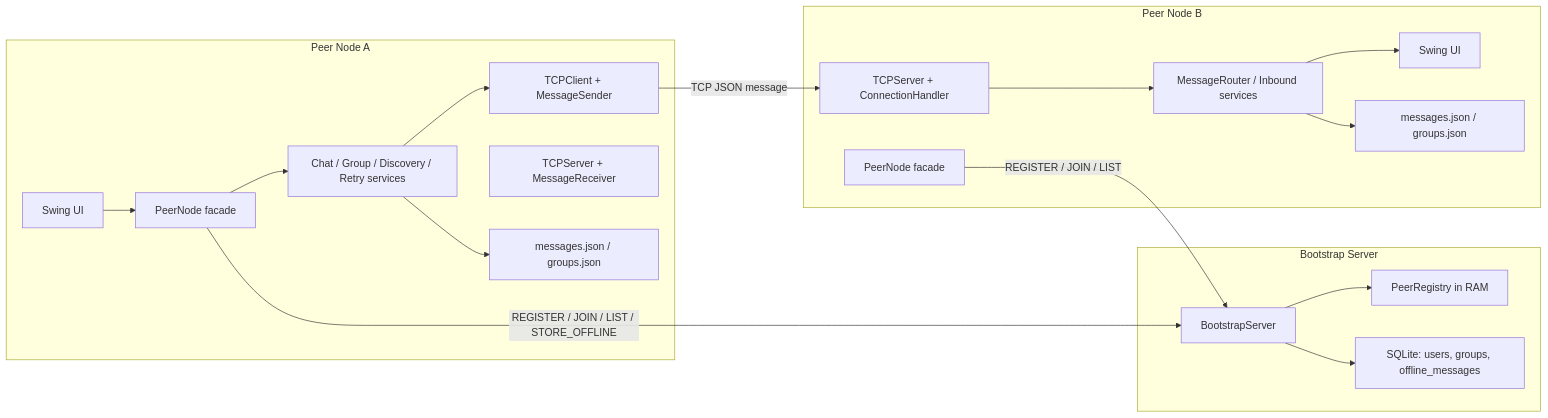
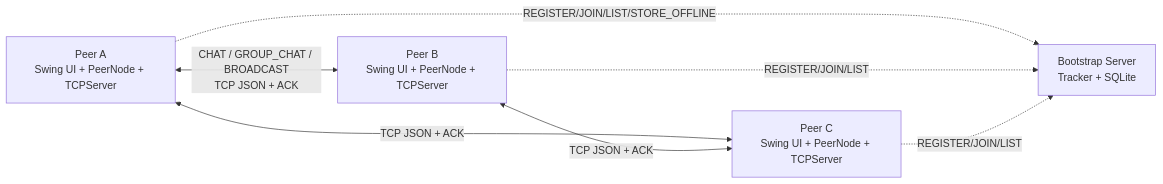
Before and after one commit to dungcony/p2p: the first of 4 diagrams in docs/nop-bai/02_bao_cao_kien_truc_he_thong.md, drawn with Mermaid. The commit also changed other lines of this file and 9 other files, not shown here.

````diff
--- a/docs/nop-bai/02_bao_cao_kien_truc_he_thong.md
+++ b/docs/nop-bai/02_bao_cao_kien_truc_he_thong.md
@@ -25,34 +8,14 @@
 ```mermaid
 flowchart LR
-    subgraph PeerA["Peer Node A"]
-        UIA["Swing UI"]
-        FacadeA["PeerNode facade"]
-        ServicesA["Chat / Group / Discovery / Retry services"]
-        TCPClientA["TCPClient + MessageSender"]
-        TCPServerA["TCPServer + MessageReceiver"]
-        LocalA["messages.json / groups.json"]
-    end
+    A["Peer A<br/>Swing UI + PeerNode + TCPServer"]
+    B["Peer B<br/>Swing UI + PeerNode + TCPServer"]
+    C["Peer C<br/>Swing UI + PeerNode + TCPServer"]
+    BS["Bootstrap Server<br/>Tracker + SQLite"]
 
-    subgraph PeerB["Peer Node B"]
-        UIB["Swing UI"]
-        FacadeB["PeerNode facade"]
-        ServicesB["MessageRouter / Inbound services"]
-        TCPServerB["TCPServer + ConnectionHandler"]
-        LocalB["messages.json / groups.json"]
-    end
-
-    subgraph Bootstrap["Bootstrap Server"]
-        Tracker["BootstrapServer"]
-        Registry["PeerRegistry in RAM"]
-        SQLite["SQLite: users, groups, offline_messages"]
-    end
-
-    UIA --> FacadeA --> ServicesA --> TCPClientA
-    TCPClientA -- "TCP JSON message" --> TCPServerB --> ServicesB --> UIB
-    ServicesB --> LocalB
-    ServicesA --> LocalA
-    FacadeA -- "REGISTER / JOIN / LIST / STORE_OFFLINE" --> Tracker
-    FacadeB -- "REGISTER / JOIN / LIST" --> Tracker
-    Tracker --> Registry
-    Tracker --> SQLite
+    A <-->|"CHAT / GROUP_CHAT / BROADCAST<br/>TCP JSON + ACK"| B
+    A <-->|"TCP JSON + ACK"| C
+    B <-->|"TCP JSON + ACK"| C
+    A -. "REGISTER/JOIN/LIST/STORE_OFFLINE" .-> BS
+    B -. "REGISTER/JOIN/LIST" .-> BS
+    C -. "REGISTER/JOIN/LIST" .-> BS
 ```
````
